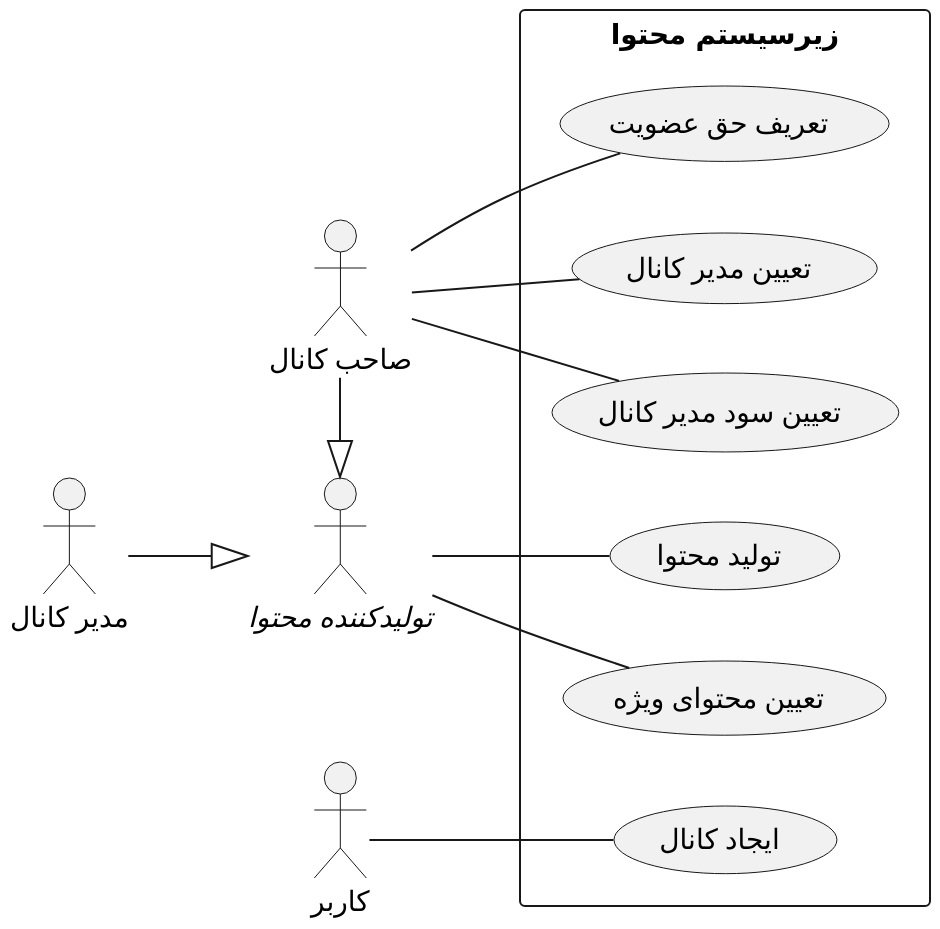
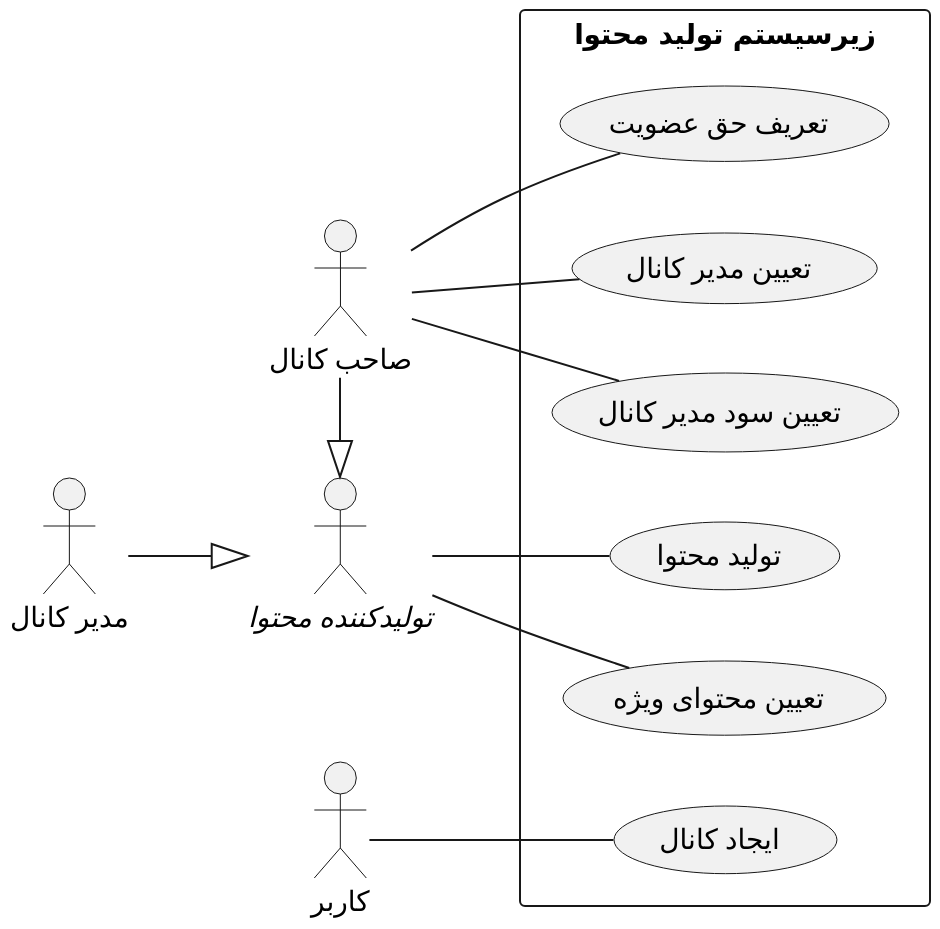
Before and after one commit to soleyman79/Qasedak: the diagram in PlantUML/Usecase Diagram/ContentCreationSubsystem.puml, drawn with PlantUML.

Commit message:
Update subsystems

```diff
--- a/PlantUML/Usecase Diagram/ContentCreationSubsystem.puml
+++ b/PlantUML/Usecase Diagram/ContentCreationSubsystem.puml
@@ -1,33 +1,33 @@
 @startuml content_creation_subsystem
 
 scale 2
 left to right direction
 skinparam ActorFontName B Nazanin
 skinparam UsecaseFontName B Nazanin
 skinparam TitleFontName B Nazanin
 
-rectangle "زیرسیستم محتوا"{
+rectangle "زیرسیستم تولید محتوا"{
     usecase "تعریف حق عضویت" as fee
     usecase "تعیین مدیر کانال" as raise
     usecase "تعیین سود مدیر کانال" as salary
     usecase "تولید محتوا" as createC
     usecase "تعیین محتوای ویژه" as specialize
     usecase "ایجاد کانال" as start
 }
 
 actor "کاربر" as user
 actor "//تولیدکننده محتوا//" as producer
 actor "مدیر کانال" as admin
 actor "صاحب کانال" as owner
 
 admin --|> producer
 owner -|> producer
 
 owner -- fee
 owner -- raise
 owner -- salary
 producer -- createC
 producer -- specialize
 user -- start
 
 @enduml
```
